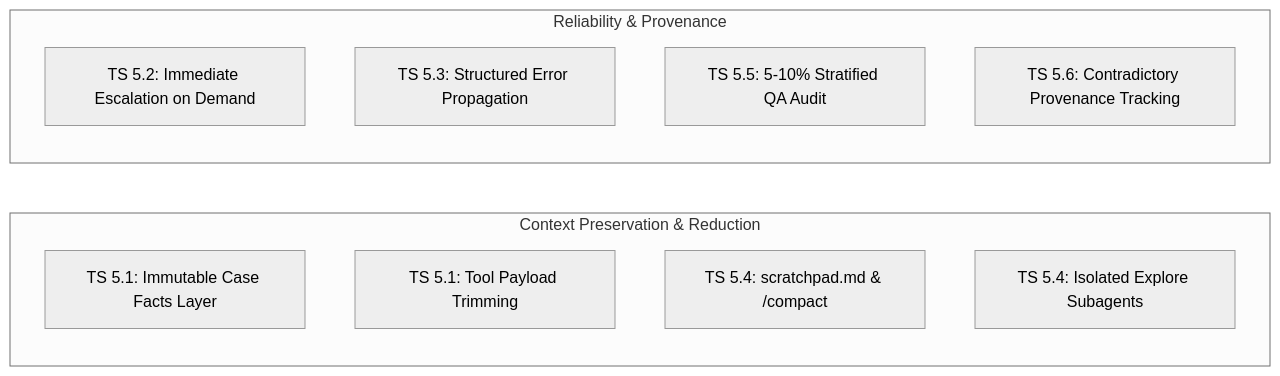
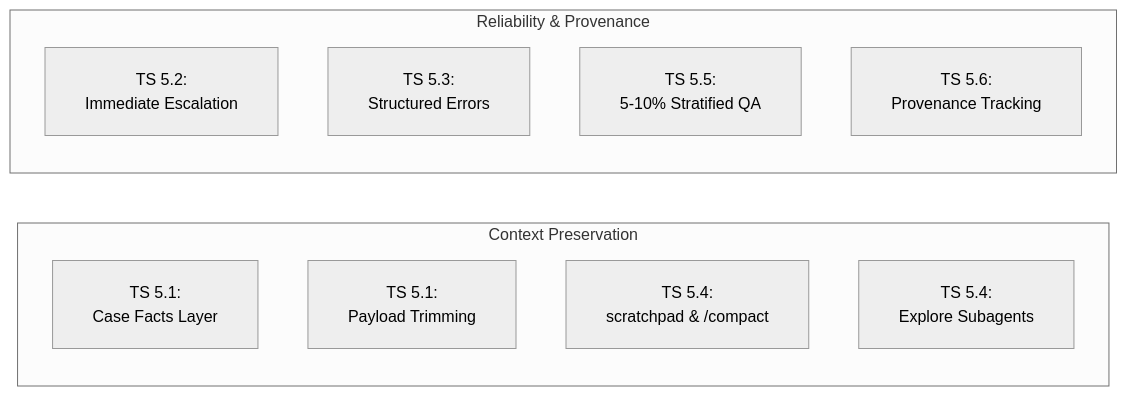
The first of 6 diagrams in domain5/KEY_CONCEPTS.md (dip4k/claude_cert_architect_foundation_prep), drawn with Mermaid (neutral theme) before and after one commit. The commit also changed other lines of this file and 31 other files, not shown here.

First line of the commit message:
docs(diagrams): fix text trimming, padding, and layout in all mermaid diagrams

````diff
--- a/domain5/KEY_CONCEPTS.md
+++ b/domain5/KEY_CONCEPTS.md
@@ -8,18 +8,19 @@
 ```mermaid
+%%{init: {"flowchart": {"htmlLabels": true, "padding": 20}}}%%
 flowchart LR
-    subgraph Preservation["Context Preservation & Reduction"]
+    subgraph Preservation["Context Preservation"]
         direction TB
-        P1["TS 5.1: Immutable Case Facts Layer"]
-        P2["TS 5.1: Tool Payload Trimming"]
-        P3["TS 5.4: scratchpad.md & /compact"]
-        P4["TS 5.4: Isolated Explore Subagents"]
+        P1["TS 5.1:<br/>Case Facts Layer"]
+        P2["TS 5.1:<br/>Payload Trimming"]
+        P3["TS 5.4:<br/>scratchpad & /compact"]
+        P4["TS 5.4:<br/>Explore Subagents"]
     end
 
     subgraph Reliability["Reliability & Provenance"]
         direction TB
-        R1["TS 5.2: Immediate Escalation on Demand"]
-        R2["TS 5.3: Structured Error Propagation"]
-        R3["TS 5.5: 5-10% Stratified QA Audit"]
-        R4["TS 5.6: Contradictory Provenance Tracking"]
+        R1["TS 5.2:<br/>Immediate Escalation"]
+        R2["TS 5.3:<br/>Structured Errors"]
+        R3["TS 5.5:<br/>5-10% Stratified QA"]
+        R4["TS 5.6:<br/>Provenance Tracking"]
     end
 ```
````
